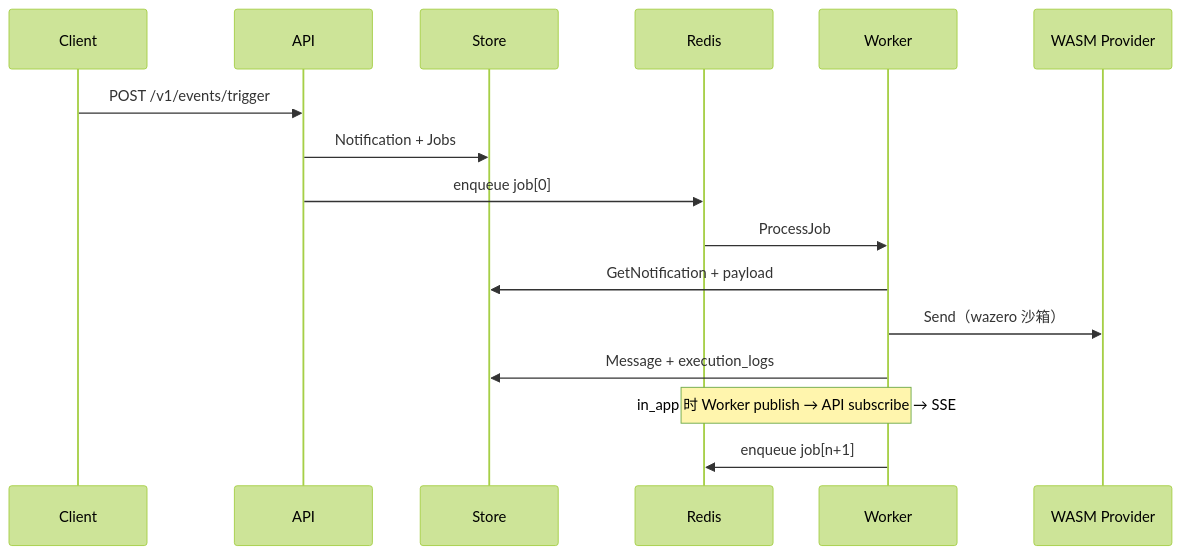
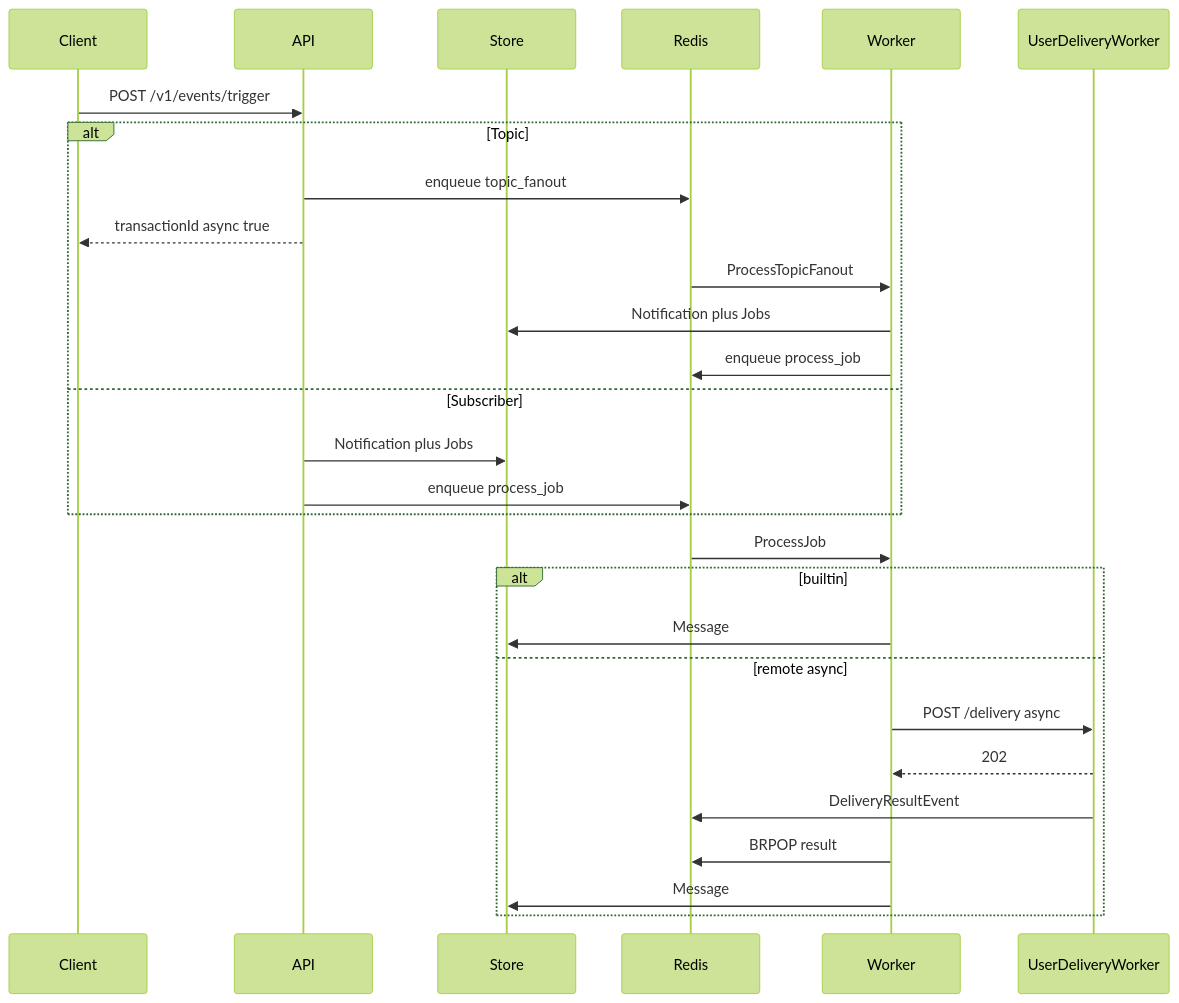
One commit to SolaTyolo/herald changed the second of 2 diagrams in docs/ARCHITECTURE.md. Above: the diagram before and after it, drawn with Mermaid (forest theme). The commit also changed other lines of this file and 69 other files, not shown here.

Commit message:
Replace WASM channel providers with Traefik-style YAML routing and remote Delivery Workers.

````diff
--- a/docs/ARCHITECTURE.md
+++ b/docs/ARCHITECTURE.md
@@ -182,19 +128,31 @@
 ```mermaid
 sequenceDiagram
   participant Client
   participant API
   participant Store
   participant Redis
   participant Worker
-  participant WASM as WASM Provider
+  participant UDW as UserDeliveryWorker
 
   Client->>API: POST /v1/events/trigger
-  API->>Store: Notification + Jobs
-  API->>Redis: enqueue job[0]
+  alt Topic
+    API->>Redis: enqueue topic_fanout
+    API-->>Client: transactionId async true
+    Redis->>Worker: ProcessTopicFanout
+    Worker->>Store: Notification plus Jobs
+    Worker->>Redis: enqueue process_job
+  else Subscriber
+    API->>Store: Notification plus Jobs
+    API->>Redis: enqueue process_job
+  end
   Redis->>Worker: ProcessJob
-  Worker->>Store: GetNotification + payload
-  Worker->>WASM: Send（wazero 沙箱）
-  Worker->>Store: Message + execution_logs
-  Note over Worker,Redis: in_app 时 Worker publish → API subscribe → SSE
-  Worker->>Redis: enqueue job[n+1]
+  alt builtin
+    Worker->>Store: Message
+  else remote async
+    Worker->>UDW: POST /delivery async
+    UDW-->>Worker: 202
+    UDW->>Redis: DeliveryResultEvent
+    Worker->>Redis: BRPOP result
+    Worker->>Store: Message
+  end
 ```
````
